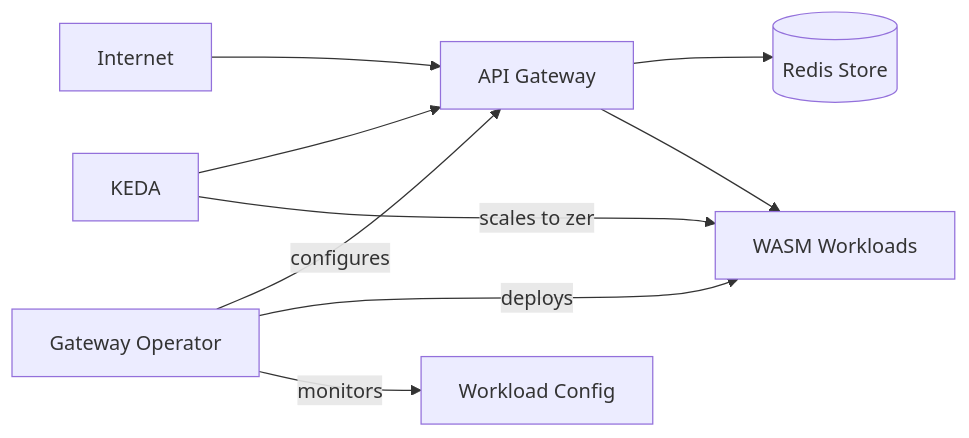
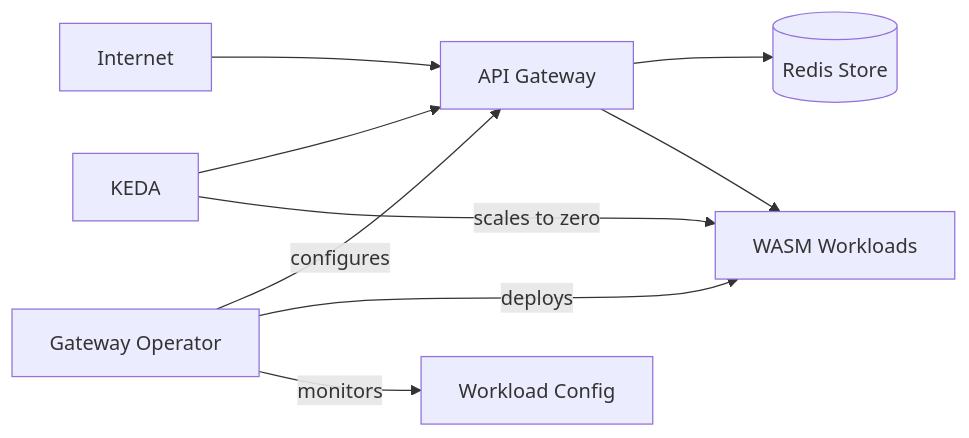
Before and after one commit to benjamin-wright/wasm-stream: the diagram in README.md, drawn with Mermaid.

````diff
--- a/README.md
+++ b/README.md
@@ -6,19 +6,19 @@
 ```mermaid
 graph LR;
   internet["Internet"]
   api["API Gateway"]
   operator["Gateway Operator"]
   redis[(Redis Store)]
   worker["WASM Workloads"]
   keda["KEDA"]
   config["Workload Config"]
 
   internet-->api
   api-->redis
   api-->worker
   keda-->api
-  keda--scales to zero-->worker
+  keda--"scales to zero"-->worker
   operator--configures-->api
   operator--deploys-->worker
   operator--monitors-->config
 ```
````
